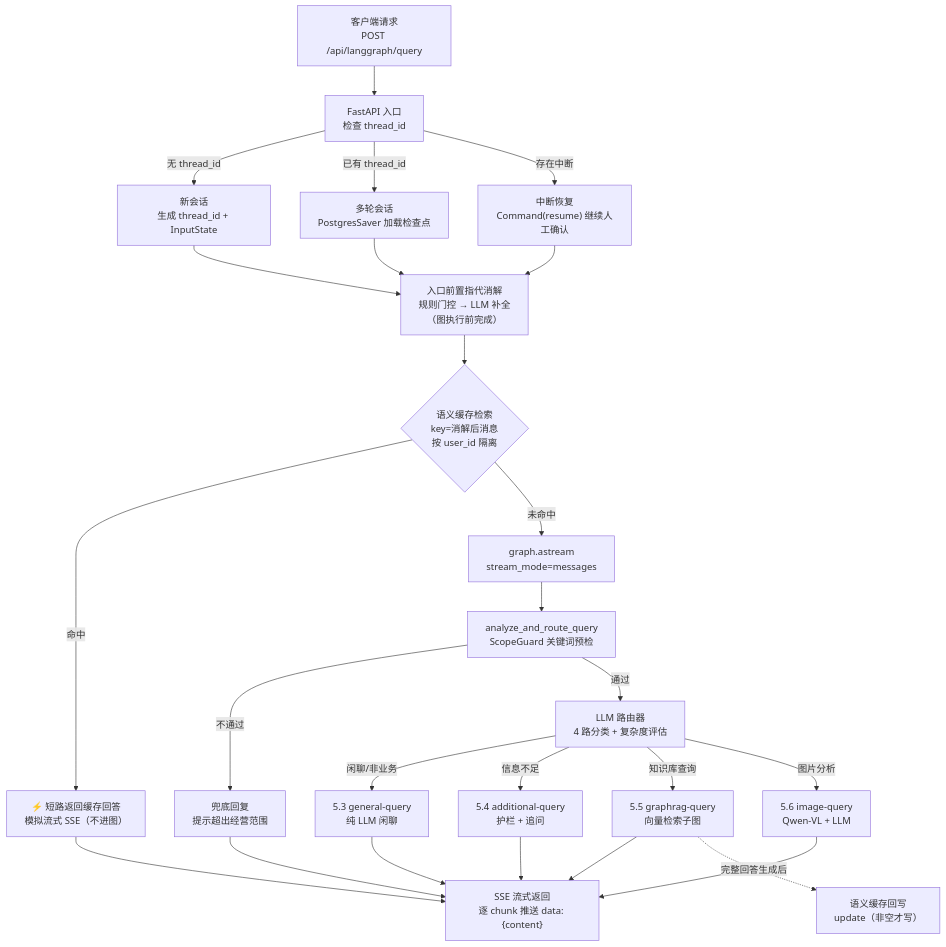
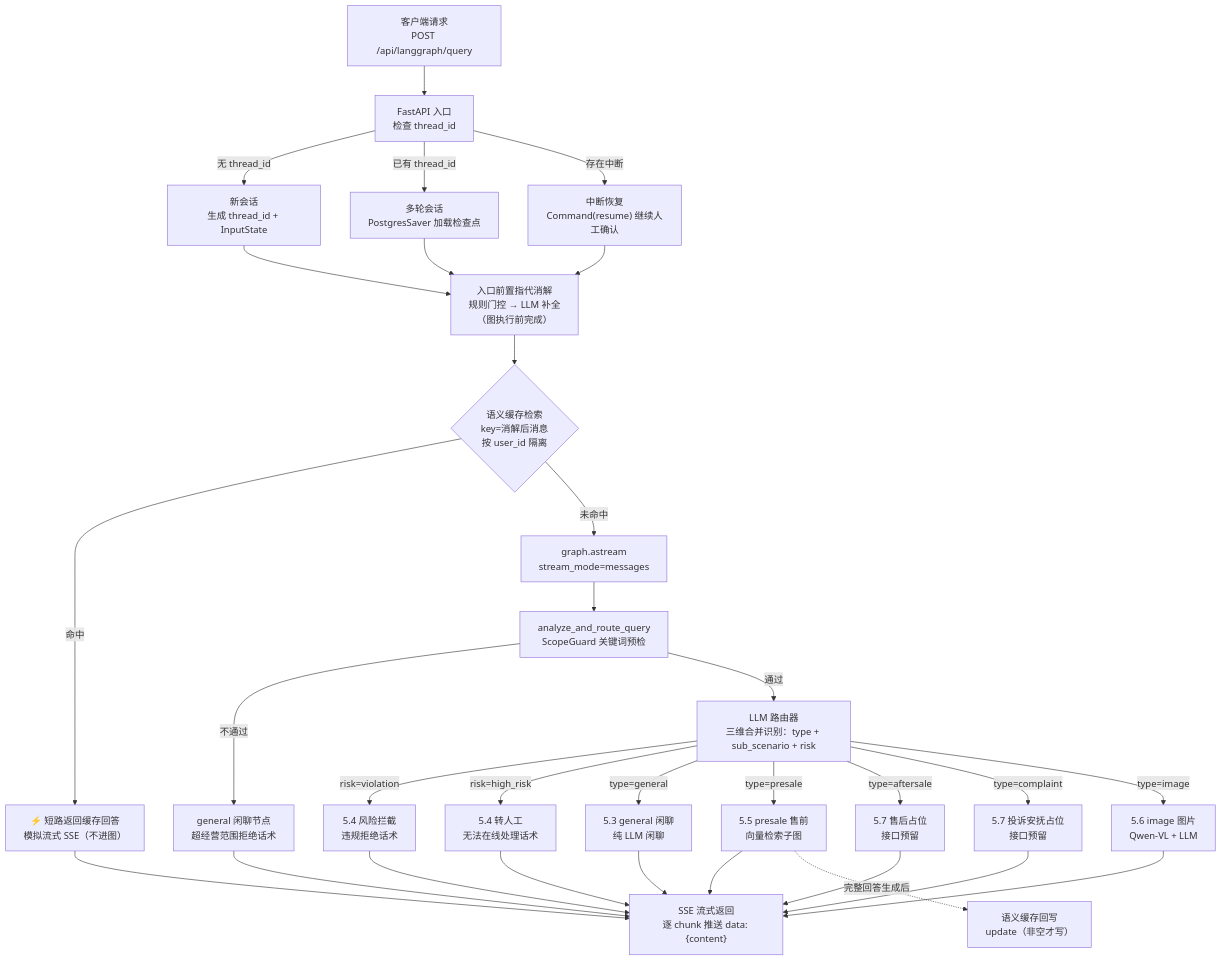
Before and after one commit to blowt16/SmartCS-Agent: the seventh of 15 diagrams in docs/PROJECT_ANALYSIS.md, drawn with Mermaid. The commit also changed other lines of this file, not shown here.

First line of the commit message:
docs: PROJECT_ANALYSIS 更新意图识别现状——三维合并路由、7 分支流程、占位节点与评测

````diff
--- a/docs/PROJECT_ANALYSIS.md
+++ b/docs/PROJECT_ANALYSIS.md
@@ -422,32 +443,38 @@
 ```mermaid
 flowchart TD
     C["客户端请求<br/>POST /api/langgraph/query"]
     C --> API["FastAPI 入口<br/>检查 thread_id"]
     API -->|"无 thread_id"| NEW["新会话<br/>生成 thread_id + InputState"]
     API -->|"已有 thread_id"| CTD["多轮会话<br/>PostgresSaver 加载检查点"]
     API -->|"存在中断"| RSM["中断恢复<br/>Command(resume) 继续人工确认"]
     NEW --> RESOLVE["入口前置指代消解<br/>规则门控 → LLM 补全<br/>（图执行前完成）"]
     CTD --> RESOLVE
     RSM --> RESOLVE
 
     RESOLVE --> CACHE{"语义缓存检索<br/>key=消解后消息<br/>按 user_id 隔离"}
     CACHE -->|"命中"| HIT["⚡ 短路返回缓存回答<br/>模拟流式 SSE（不进图）"]
     CACHE -->|"未命中"| STREAM["graph.astream<br/>stream_mode=messages"]
     HIT --> SSE
 
     STREAM --> SG["analyze_and_route_query<br/>ScopeGuard 关键词预检"]
-    SG -->|"不通过"| GQ["兜底回复<br/>提示超出经营范围"]
-    SG -->|"通过"| RT["LLM 路由器<br/>4 路分类 + 复杂度评估"]
+    SG -->|"不通过"| GQ["general 闲聊节点<br/>超经营范围拒绝话术"]
+    SG -->|"通过"| RT["LLM 路由器<br/>三维合并识别：type + sub_scenario + risk"]
 
-    RT -->|"闲聊/非业务"| GEN["5.3 general-query<br/>纯 LLM 闲聊"]
-    RT -->|"信息不足"| ADD["5.4 additional-query<br/>护栏 + 追问"]
-    RT -->|"知识库查询"| KG["5.5 graphrag-query<br/>向量检索子图"]
-    RT -->|"图片分析"| IMG["5.6 image-query<br/>Qwen-VL + LLM"]
+    RT -->|"risk=violation"| RISK["5.4 风险拦截<br/>违规拒绝话术"]
+    RT -->|"risk=high_risk"| TRANS["5.4 转人工<br/>无法在线处理话术"]
+    RT -->|"type=general"| GEN["5.3 general 闲聊<br/>纯 LLM 闲聊"]
+    RT -->|"type=presale"| KG["5.5 presale 售前<br/>向量检索子图"]
+    RT -->|"type=aftersale"| PLACE["5.7 售后占位<br/>接口预留"]
+    RT -->|"type=complaint"| PLACE2["5.7 投诉安抚占位<br/>接口预留"]
+    RT -->|"type=image"| IMG["5.6 image 图片<br/>Qwen-VL + LLM"]
 
     GEN --> SSE["SSE 流式返回<br/>逐 chunk 推送 data: {content}"]
-    ADD --> SSE
+    RISK --> SSE
+    TRANS --> SSE
     KG --> SSE
+    PLACE --> SSE
+    PLACE2 --> SSE
     IMG --> SSE
     GQ --> SSE
     KG -.->|"完整回答生成后"| WRITEBACK["语义缓存回写<br/>update（非空才写）"]
 ```
````
